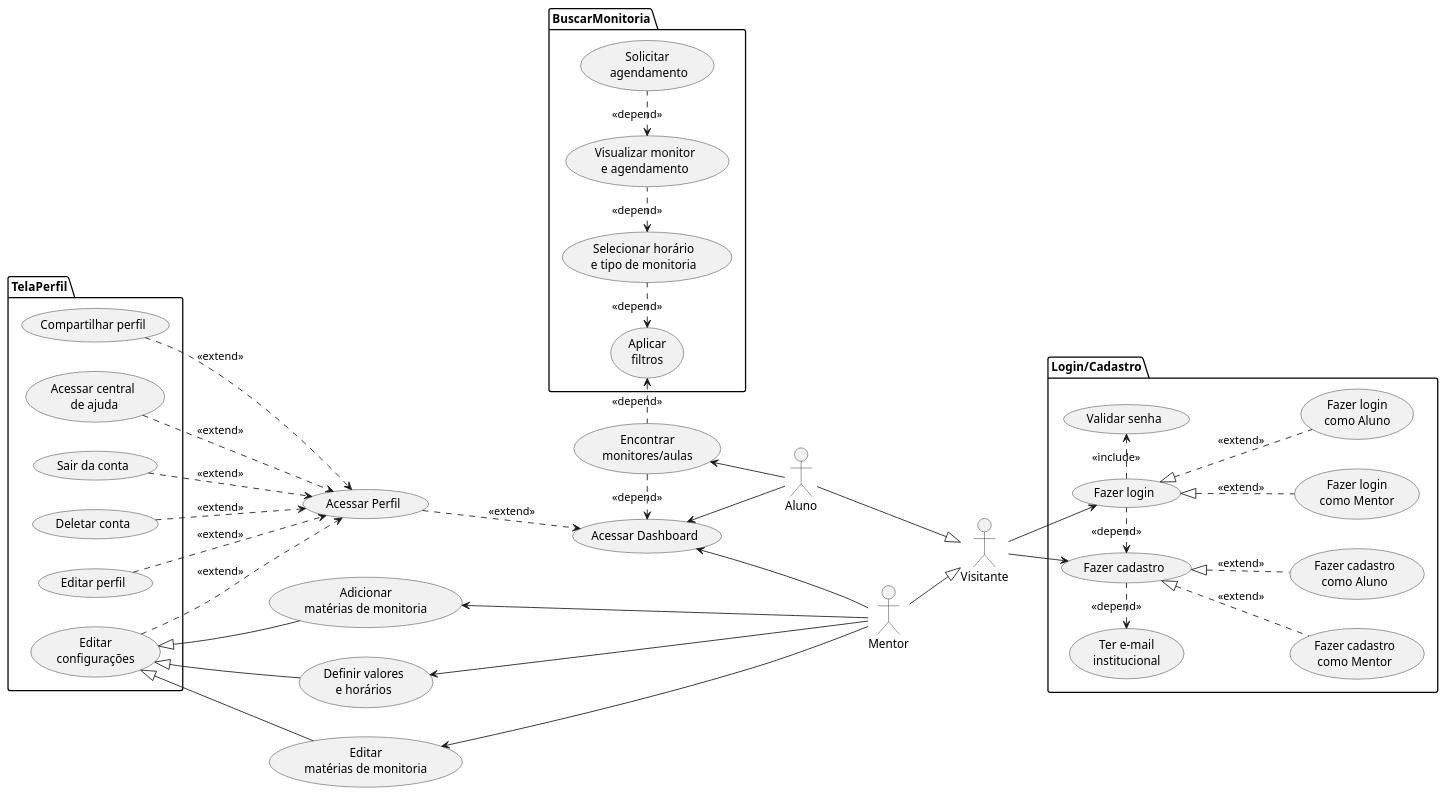
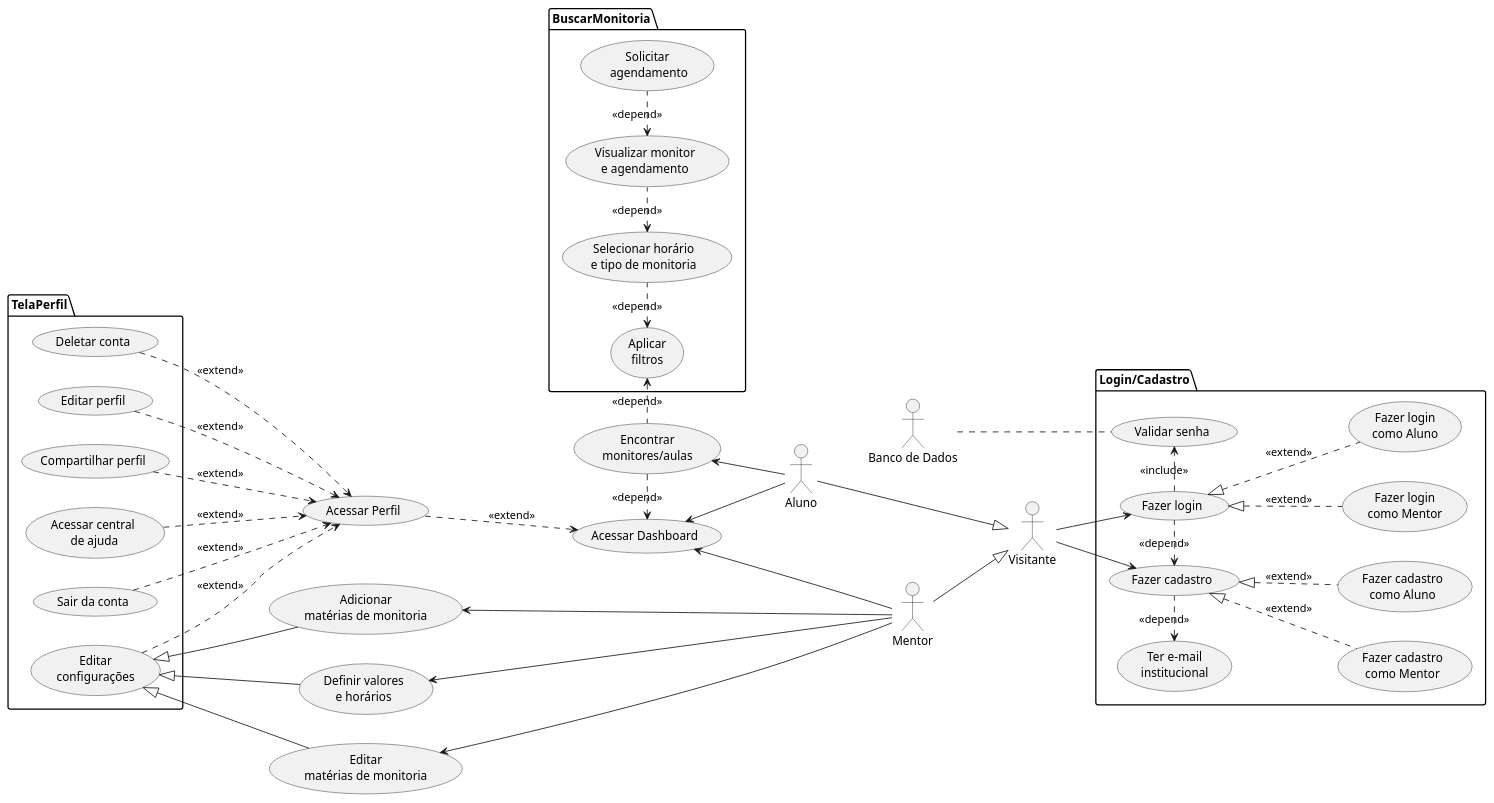
Before and after one commit to anny-fsilva/ms_20242_g1: the diagram in Diagrama_de_Usecases.plantuml, drawn with PlantUML.

Commit message:
Adição do ator "Banco de dados" e associação com o usecase "Validar senha"

```diff
--- a/Diagrama_de_Usecases.plantuml
+++ b/Diagrama_de_Usecases.plantuml
@@ -1,66 +1,69 @@
 @startuml
 left to right direction
 
 actor Aluno as A
 actor Mentor as M
 actor Visitante as V
+actor :Banco de Dados: as B
 
 package Login/Cadastro{
 (Fazer login) .> (Validar senha) : <<include>>
 (Fazer login\ncomo Mentor) .up.|> (Fazer login) : <<extend>>
 (Fazer login\ncomo Aluno) .up.|> (Fazer login) : <<extend>>
 (Fazer cadastro\ncomo Mentor) .up.|> (Fazer cadastro) : <<extend>>
 (Fazer cadastro\ncomo Aluno) .up.|> (Fazer cadastro) : <<extend>>
 (Fazer cadastro)
 (Fazer login) .left.> (Fazer cadastro) : <<depend>>
 (Fazer cadastro) .left.> (Ter e-mail\ninstitucional): <<depend>>
 }
+
+(Validar senha) .up.. B
+
 V --> (Fazer login)
 V --> (Fazer cadastro)
-
 A --|> V
 M --|> V
 
 package TelaPerfil {
 usecase "Deletar conta" as TP1
 usecase "Editar perfil" as TP2
 usecase "Compartilhar perfil" as TP3
 usecase "Acessar central\n de ajuda" as TP4
 usecase "Sair da conta" as TP5
 usecase "Editar\nconfigurações" as TP6
 }
 
 TP1 ..> (Acessar Perfil): <<extend>>
 TP2 ..> (Acessar Perfil): <<extend>>
 TP3 ..> (Acessar Perfil): <<extend>>
 TP4 ..> (Acessar Perfil): <<extend>>
 TP5 ..> (Acessar Perfil): <<extend>>
 TP6 ..> (Acessar Perfil): <<extend>>
 
 (Acessar Perfil) ..> (Acessar Dashboard): <<extend>>
 
 package BuscarMonitoria {
 usecase "Visualizar monitor\ne agendamento" as BM1
 usecase "Selecionar horário\ne tipo de monitoria" as BM2
 usecase "Solicitar\n agendamento" as BM3
 usecase "Aplicar\nfiltros" as BM4
 }
 
 A -up-> (Acessar Dashboard)
 M -up--> (Acessar Dashboard)
 
 A -up-> (Encontrar\nmonitores/aulas)
 (Encontrar\nmonitores/aulas) .> (Acessar Dashboard): <<depend>>
 (Encontrar\nmonitores/aulas) .left.> BM4: <<depend>>
 BM1 .left.> BM2: <<depend>>
 BM3 .left.> BM1: <<depend>>
 BM2 .left.> BM4: <<depend>>
 
 (Definir valores\ne horários) -u-|> TP6
 (Adicionar\nmatérias de monitoria) -u-|> TP6
 (Editar\nmatérias de monitoria) -u-|> TP6
 M -up-> (Definir valores\ne horários)
 M -up-> (Adicionar\nmatérias de monitoria)
 M -up-> (Editar\nmatérias de monitoria)
 
 @endum
```
